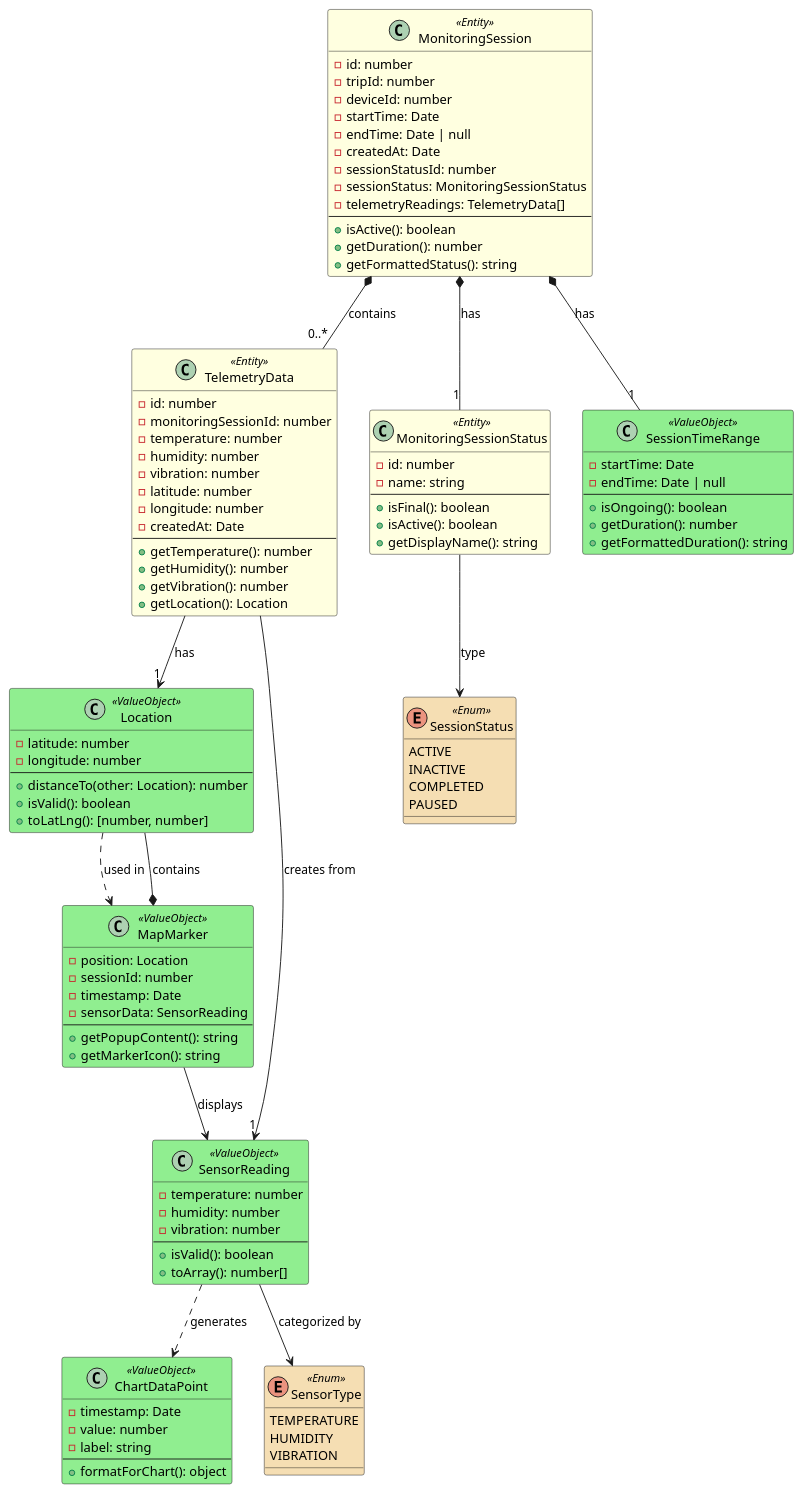
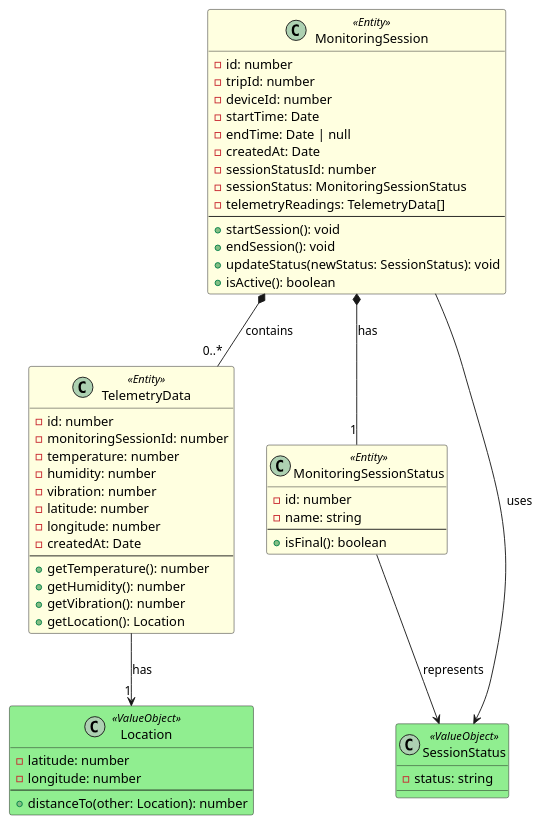
Before and after one commit to Los-Parkers-IoT/LosParkers-report: the diagram in assets/UML/Real-time-monitoring-Domain-Layer-Class-Diagram-Frontend.puml, drawn with PlantUML.

Commit message:
docs: update real time monitoring web app diagram class

```diff
--- a/assets/UML/Real-time-monitoring-Domain-Layer-Class-Diagram-Frontend.puml
+++ b/assets/UML/Real-time-monitoring-Domain-Layer-Class-Diagram-Frontend.puml
@@ -1,147 +1,80 @@
 @startuml Real-Time-Monitoring-WebApp-Domain-Classes
 
 ' ========================
 ' Stereotypes colors
 ' ========================
 skinparam class {
     BackgroundColor<<Entity>> LightYellow
     BackgroundColor<<ValueObject>> LightGreen
     BackgroundColor<<Enum>> Wheat
 }
 
 ' ========================
-' Entities (from backend)
+' Entities
 ' ========================
 class MonitoringSession <<Entity>> {
   - id: number
   - tripId: number
   - deviceId: number
   - startTime: Date
   - endTime: Date | null
   - createdAt: Date
   - sessionStatusId: number
   - sessionStatus: MonitoringSessionStatus
   - telemetryReadings: TelemetryData[]
   --
+  + startSession(): void
+  + endSession(): void
+  + updateStatus(newStatus: SessionStatus): void
   + isActive(): boolean
-  + getDuration(): number
-  + getFormattedStatus(): string
 }
 
 class TelemetryData <<Entity>> {
   - id: number
   - monitoringSessionId: number
   - temperature: number
   - humidity: number
   - vibration: number
   - latitude: number
   - longitude: number
   - createdAt: Date
   --
   + getTemperature(): number
   + getHumidity(): number
   + getVibration(): number
   + getLocation(): Location
 }
 
 class MonitoringSessionStatus <<Entity>> {
   - id: number
   - name: string
   --
   + isFinal(): boolean
-  + isActive(): boolean
-  + getDisplayName(): string
 }
 
 ' ========================
-' Value Objects (from backend + UI representation)
+' Value Objects
 ' ========================
 class Location <<ValueObject>> {
   - latitude: number
   - longitude: number
   --
   + distanceTo(other: Location): number
-  + isValid(): boolean
-  + toLatLng(): [number, number]
 }
 
-class SensorReading <<ValueObject>> {
-  - temperature: number
-  - humidity: number
-  - vibration: number
-  --
-  + isValid(): boolean
-  + toArray(): number[]
-}
-
-class ChartDataPoint <<ValueObject>> {
-  - timestamp: Date
-  - value: number
-  - label: string
-  --
-  + formatForChart(): object
-}
-
-class MapMarker <<ValueObject>> {
-  - position: Location
-  - sessionId: number
-  - timestamp: Date
-  - sensorData: SensorReading
-  --
-  + getPopupContent(): string
-  + getMarkerIcon(): string
-}
-
-class SessionTimeRange <<ValueObject>> {
-  - startTime: Date
-  - endTime: Date | null
-  --
-  + isOngoing(): boolean
-  + getDuration(): number
-  + getFormattedDuration(): string
-}
-
-' ========================
-' Enums
-' ========================
-enum SessionStatus <<Enum>> {
-  ACTIVE
-  INACTIVE
-  COMPLETED
-  PAUSED
-}
-
-enum SensorType <<Enum>> {
-  TEMPERATURE
-  HUMIDITY
-  VIBRATION
+class SessionStatus <<ValueObject>> {
+  - status: string
 }
 
 ' ========================
 ' Relationships
 ' ========================
-
-' MonitoringSession relationships
 MonitoringSession *-- "1" MonitoringSessionStatus : has
 MonitoringSession *-- "0..*" TelemetryData : contains
-MonitoringSession *-- "1" SessionTimeRange : has
+MonitoringSession --> SessionStatus : uses
 
-' MonitoringSessionStatus relationships
-MonitoringSessionStatus --> SessionStatus : type
+TelemetryData --> "1" Location : has
 
-' TelemetryData relationships
-TelemetryData --> "1" Location : has
-TelemetryData --> "1" SensorReading : creates from
-
-' SensorReading relationships
-SensorReading ..> ChartDataPoint : generates
-SensorReading --> SensorType : categorized by
-
-' Location relationships
-Location ..> MapMarker : used in
-
-' MapMarker relationships
-MapMarker *-- Location : contains
-MapMarker --> SensorReading : displays
+MonitoringSessionStatus --> SessionStatus : represents
 
 @enduml
```
